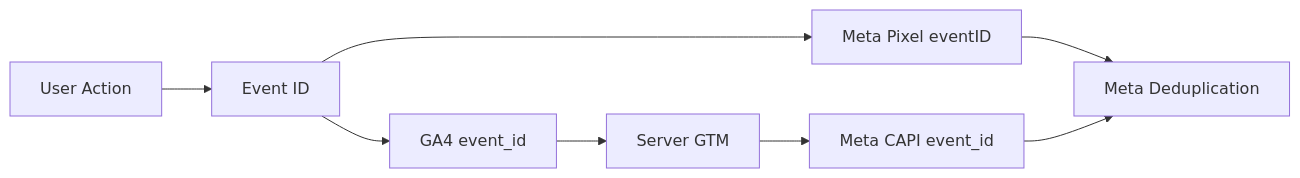
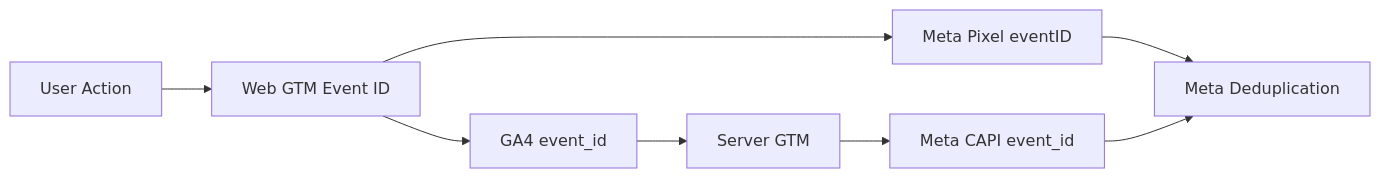
Before and after one commit to nikkitb/shoper-multi-market-tracking-architecture: the second of 2 diagrams in README.md, drawn with Mermaid. The commit also changed other lines of this file, not shown here.

````diff
--- a/README.md
+++ b/README.md
@@ -142,14 +160,14 @@
 ```mermaid
 flowchart LR
 
-A[User Action] --> B[Event ID]
+A[User Action] --> B[Web GTM Event ID]
 
 B --> C[Meta Pixel eventID]
 B --> D[GA4 event_id]
 
 D --> E[Server GTM]
 E --> F[Meta CAPI event_id]
 
 C --> G[Meta Deduplication]
 F --> G
 ```
````
